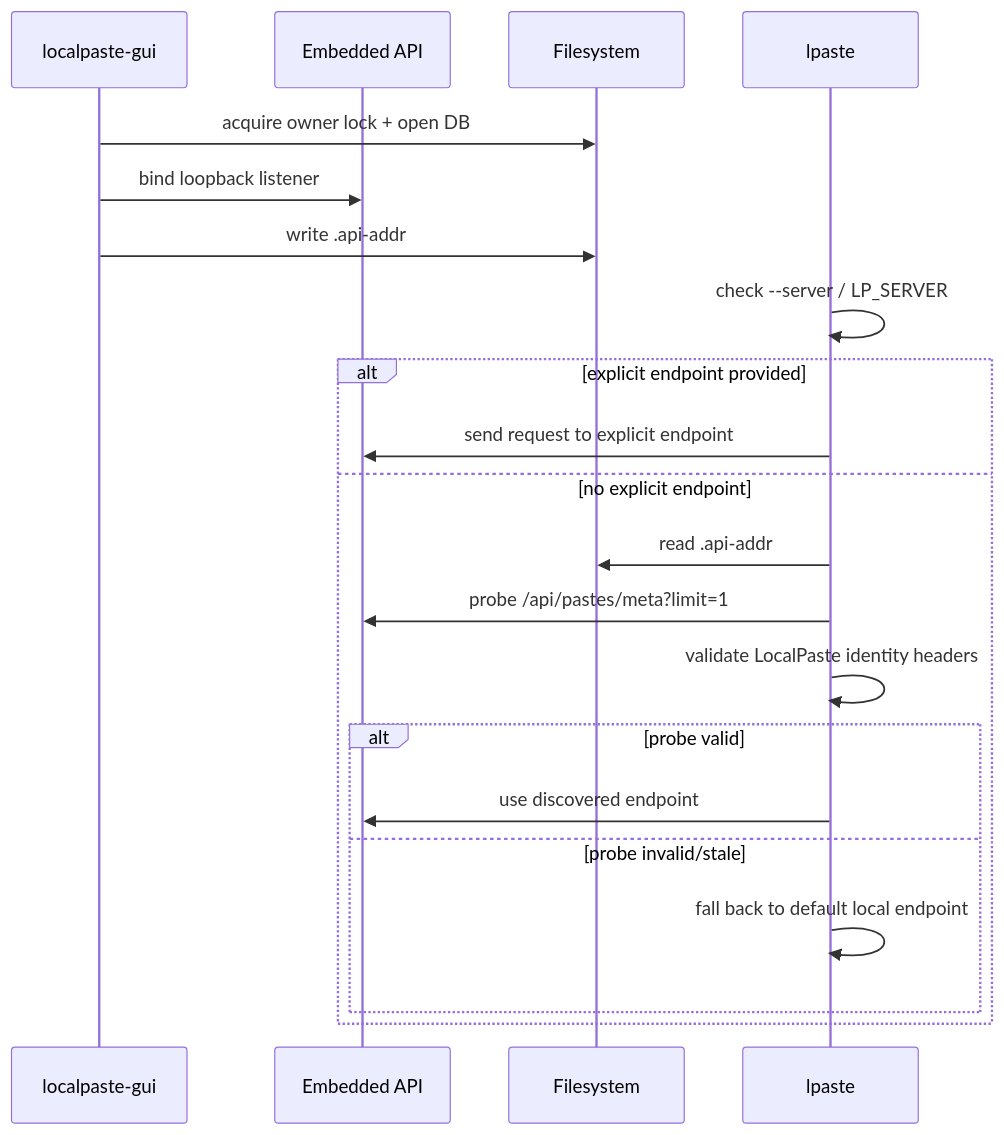
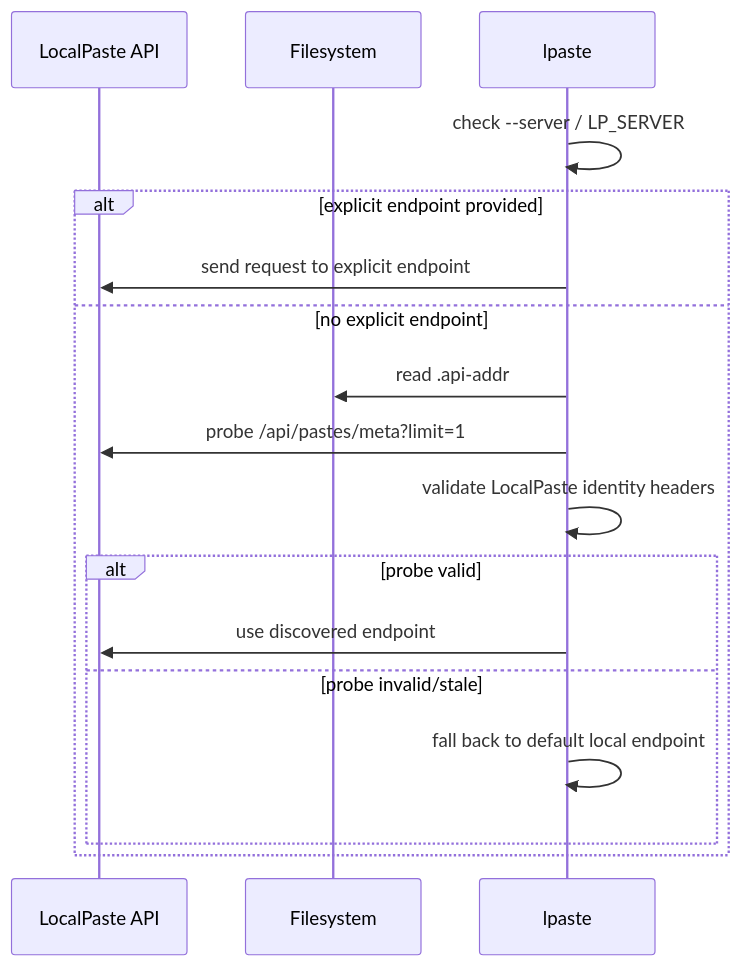
The third of 3 diagrams in docs/architecture.md (pszemraj/localpaste.rs), drawn with Mermaid before and after one commit. The commit also changed other lines of this file and 208 other files, not shown here.

````diff
--- a/docs/architecture.md
+++ b/docs/architecture.md
@@ -79,24 +166,20 @@
 ```mermaid
 sequenceDiagram
-    participant GUI as localpaste-gui
-    participant API as Embedded API
+    participant API as LocalPaste API
     participant FS as Filesystem
     participant CLI as lpaste
 
-    GUI->>FS: acquire owner lock + open DB
-    GUI->>API: bind loopback listener
-    GUI->>FS: write .api-addr
     CLI->>CLI: check --server / LP_SERVER
     alt explicit endpoint provided
         CLI->>API: send request to explicit endpoint
     else no explicit endpoint
         CLI->>FS: read .api-addr
         CLI->>API: probe /api/pastes/meta?limit=1
         CLI->>CLI: validate LocalPaste identity headers
         alt probe valid
             CLI->>API: use discovered endpoint
         else probe invalid/stale
             CLI->>CLI: fall back to default local endpoint
         end
     end
 ```
````
